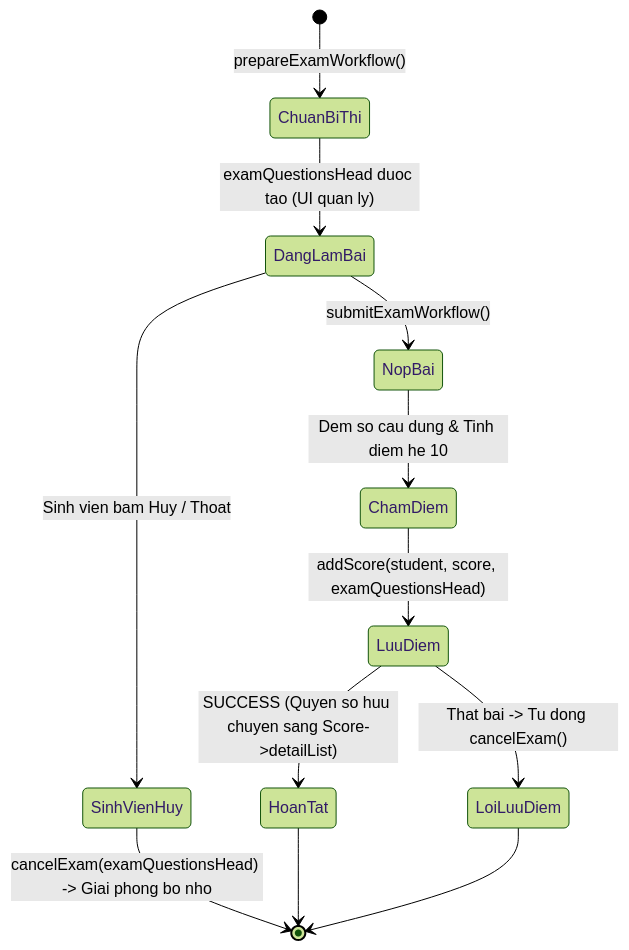
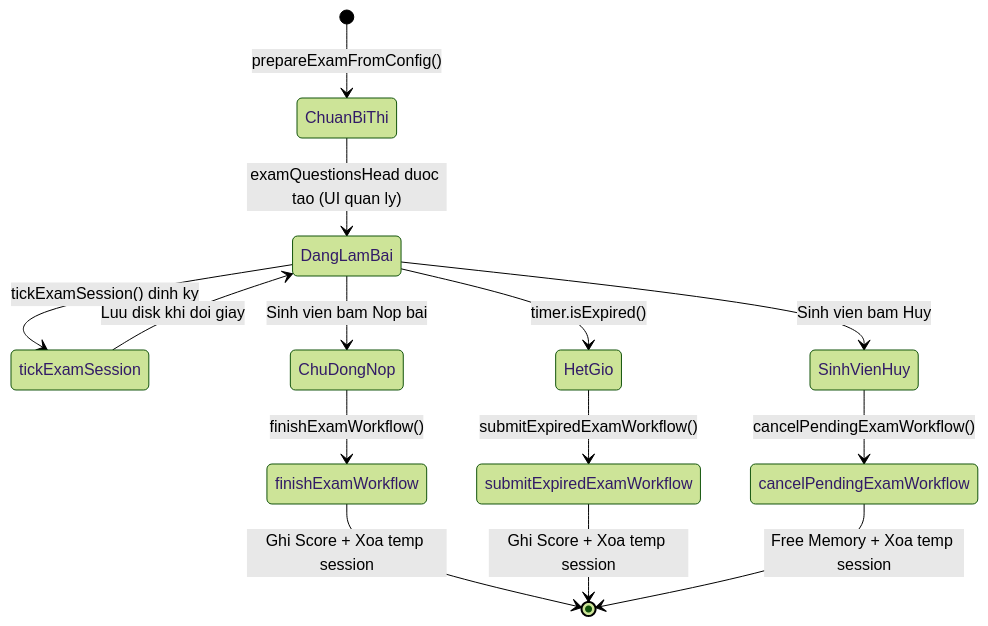
The fourth of 5 diagrams in business/readme_extension.md (0xKurian/DSA-Project-ThiTracNghiem), drawn with Mermaid (forest theme) before and after one commit. The commit also changed other lines of this file and 24 other files, not shown here.

````diff
--- a/business/readme_extension.md
+++ b/business/readme_extension.md
@@ -511,14 +609,16 @@
 ```mermaid
 stateDiagram-v2
-    [*] --> ChuanBiThi: prepareExamWorkflow()
+    [*] --> ChuanBiThi: prepareExamFromConfig()
     ChuanBiThi --> DangLamBai: examQuestionsHead duoc tao (UI quan ly)
-    DangLamBai --> SinhVienHuy: Sinh vien bam Huy / Thoat
-    SinhVienHuy --> [*]: cancelExam(examQuestionsHead) -> Giai phong bo nho
-    DangLamBai --> NopBai: submitExamWorkflow()
-    NopBai --> ChamDiem: Dem so cau dung & Tinh diem he 10
-    ChamDiem --> LuuDiem: addScore(student, score, examQuestionsHead)
-    LuuDiem --> HoanTat: SUCCESS (Quyen so huu chuyen sang Score->detailList)
-    LuuDiem --> LoiLuuDiem: That bai -> Tu dong cancelExam()
-    HoanTat --> [*]
-    LoiLuuDiem --> [*]
+    DangLamBai --> tickExamSession: tickExamSession() dinh ky
+    tickExamSession --> DangLamBai: Luu disk khi doi giay
+    DangLamBai --> HetGio: timer.isExpired()
+    HetGio --> submitExpiredExamWorkflow: submitExpiredExamWorkflow()
+    DangLamBai --> ChuDongNop: Sinh vien bam Nop bai
+    ChuDongNop --> finishExamWorkflow: finishExamWorkflow()
+    DangLamBai --> SinhVienHuy: Sinh vien bam Huy
+    SinhVienHuy --> cancelPendingExamWorkflow: cancelPendingExamWorkflow()
+    finishExamWorkflow --> [*]: Ghi Score + Xoa temp session
+    submitExpiredExamWorkflow --> [*]: Ghi Score + Xoa temp session
+    cancelPendingExamWorkflow --> [*]: Free Memory + Xoa temp session
 ```
````
